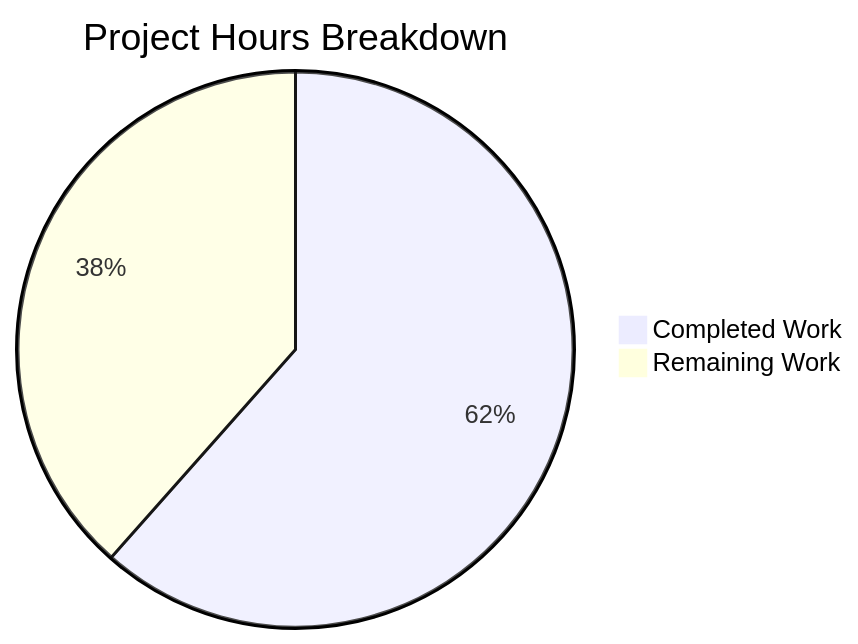
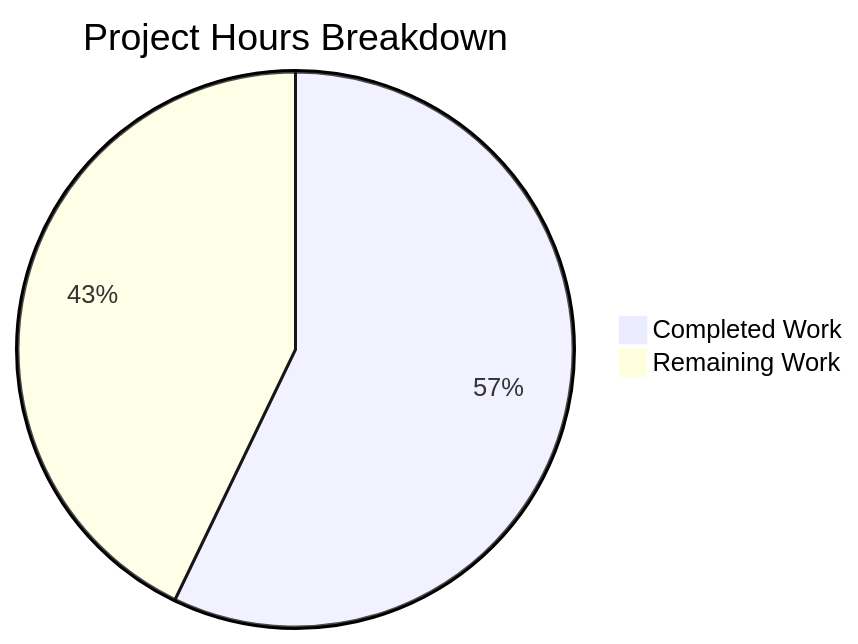
One commit to lakshya-blitzy/Repo_withMinorCVE_02 changed the second of 2 diagrams in blitzy/documentation/Project Guide - 182193aa-390a-4811-9305-dd7e915872d4.md. Above: the diagram before and after it, drawn with Mermaid. The commit also changed other lines of this file, not shown here.

Commit message:
Adding Blitzy Project Guide: Project Status and Human Tasks Remaining

````diff
--- a/blitzy/documentation/Project Guide - 182193aa-390a-4811-9305-dd7e915872d4.md
+++ b/blitzy/documentation/Project Guide - 182193aa-390a-4811-9305-dd7e915872d4.md
@@ -161,5 +171,5 @@
 ```mermaid
 pie title Project Hours Breakdown
     "Completed Work" : 8
-    "Remaining Work" : 5
+    "Remaining Work" : 6
 ```
````
